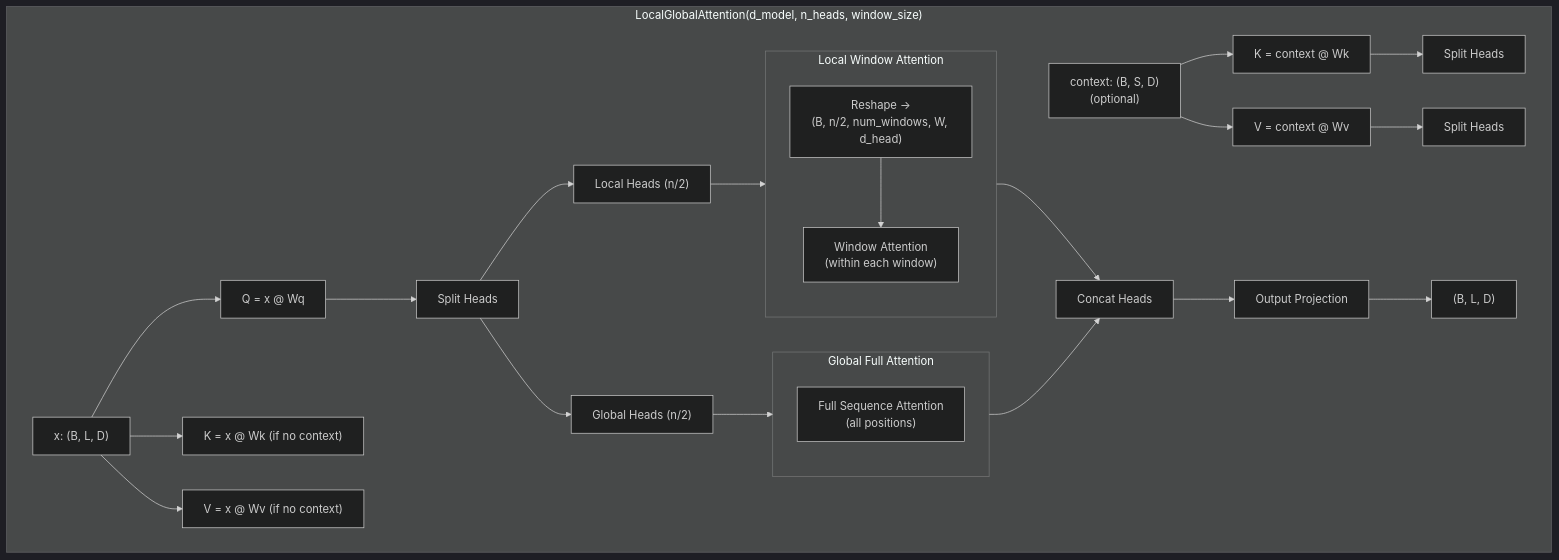
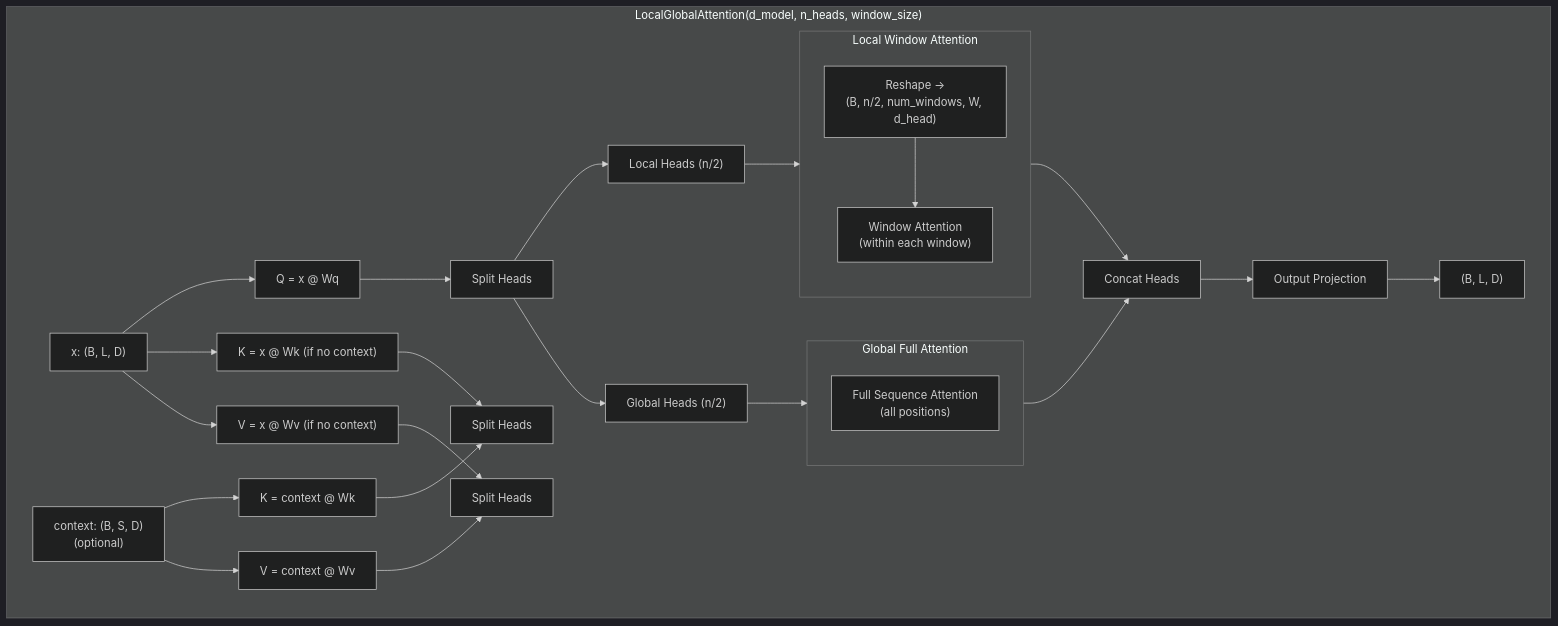
The seventh of 8 diagrams in docs/Architecture.md (hoangtung386/Prometheus), drawn with Mermaid (dark theme) before and after one commit. The commit also changed other lines of this file, not shown here.

Commit message:
Fix remaining mermaid diagrams: add missing classes to hierarchy, fix disconnected nodes in LGA, fix residual labels in transformer block

````diff
--- a/docs/Architecture.md
+++ b/docs/Architecture.md
@@ -243,36 +275,38 @@
 ```mermaid
 flowchart TB
     subgraph LGA["LocalGlobalAttention(d_model, n_heads, window_size)"]
         X["x: (B, L, D)"] --> Q["Q = x @ Wq"]
         CTX["context: (B, S, D)<br/>(optional)"] --> K["K = context @ Wk"]
         CTX --> V["V = context @ Wv"]
 
         X --> K2["K = x @ Wk (if no context)"]
         X --> V2["V = x @ Wv (if no context)"]
 
         Q --> SPLIT["Split Heads"]
         K --> SPLIT2["Split Heads"]
+        K2 --> SPLIT2
         V --> SPLIT3["Split Heads"]
+        V2 --> SPLIT3
 
         SPLIT --> L["Local Heads (n/2)"]
         SPLIT --> G["Global Heads (n/2)"]
 
         subgraph LocalAttn["Local Window Attention"]
             LW["Reshape →<br/>(B, n/2, num_windows, W, d_head)"]
             LW2["Window Attention<br/>(within each window)"]
             LW --> LW2
         end
 
         subgraph GlobalAttn["Global Full Attention"]
             GW["Full Sequence Attention<br/>(all positions)"]
         end
 
         L --> LocalAttn
         G --> GlobalAttn
 
         LocalAttn --> CAT["Concat Heads"]
         GlobalAttn --> CAT
         CAT --> OUT["Output Projection"]
         OUT --> O["(B, L, D)"]
     end
 ```
````
